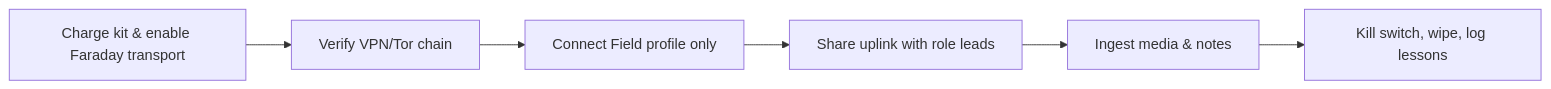
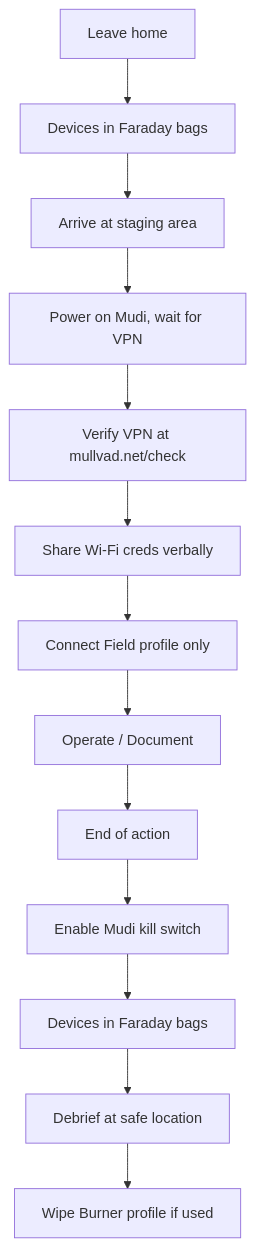
Before and after one commit to samedayhurt/laraza: the diagram in comms/GrapheneOS Mudi Field Kit.md, drawn with Mermaid. The commit also changed other lines of this file and 7 other files, not shown here.

````diff
--- a/comms/GrapheneOS Mudi Field Kit.md
+++ b/comms/GrapheneOS Mudi Field Kit.md
@@ -51,11 +383,15 @@
 ```mermaid
-flowchart LR
-    A[Charge kit & enable Faraday transport]
-    B[Verify VPN/Tor chain]
-    C[Connect Field profile only]
-    D[Share uplink with role leads]
-    E[Ingest media & notes]
-    F[Kill switch, wipe, log lessons]
-
-    A --> B --> C --> D --> E --> F
+flowchart TD
+    A[Leave home] --> B[Devices in Faraday bags]
+    B --> C[Arrive at staging area]
+    C --> D[Power on Mudi, wait for VPN]
+    D --> E[Verify VPN at mullvad.net/check]
+    E --> F[Share Wi-Fi creds verbally]
+    F --> G[Connect Field profile only]
+    G --> H[Operate / Document]
+    H --> I[End of action]
+    I --> J[Enable Mudi kill switch]
+    J --> K[Devices in Faraday bags]
+    K --> L[Debrief at safe location]
+    L --> M[Wipe Burner profile if used]
 ```
````
